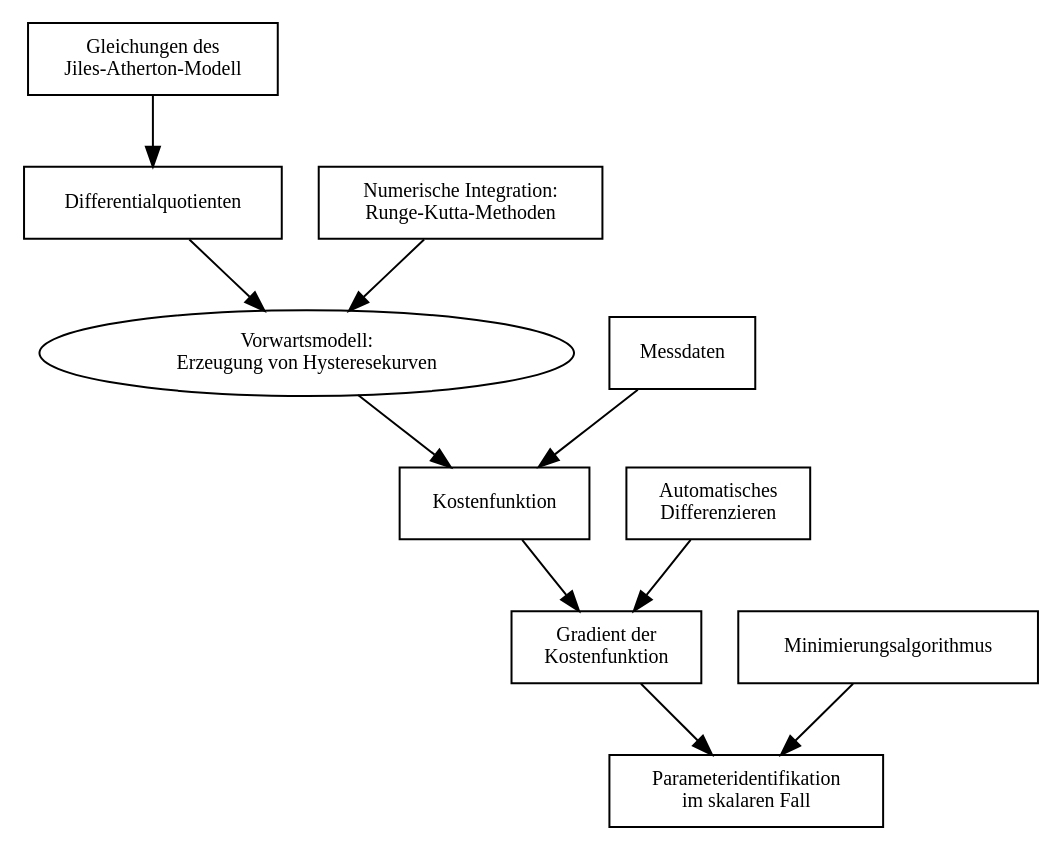
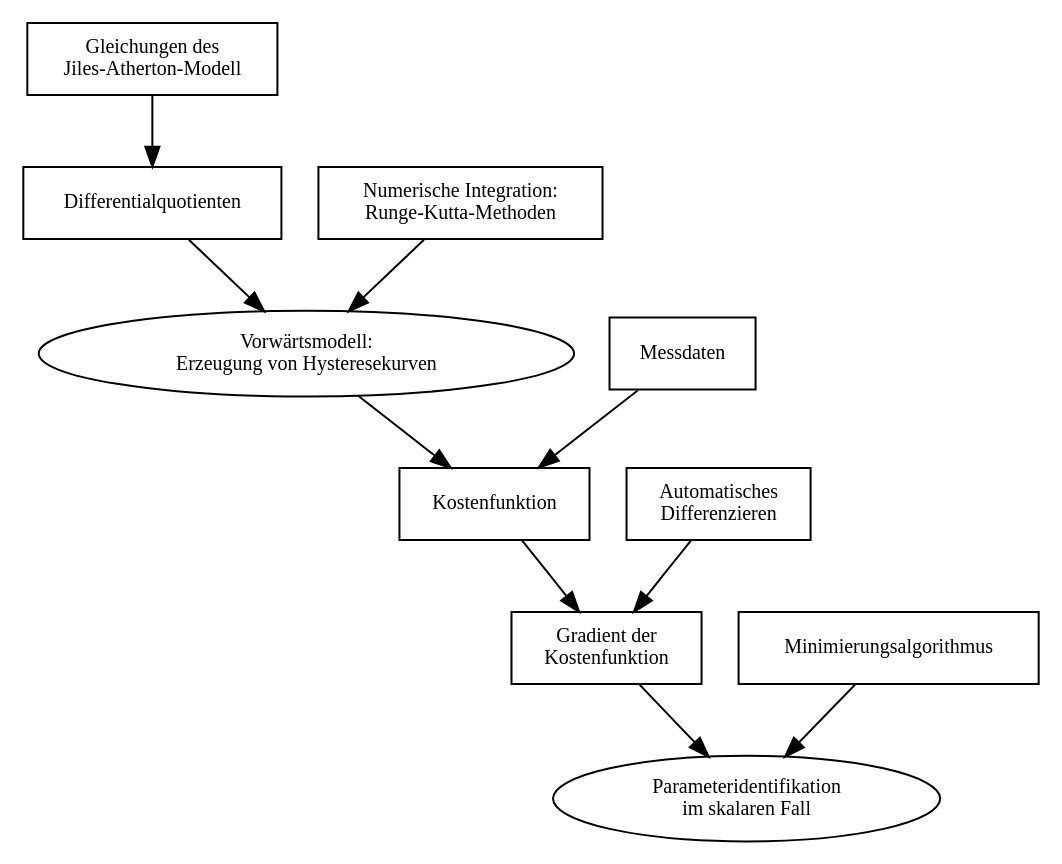
Before and after one commit to adrianschneider94/forschungspraktikum: the diagram in documentation/vorgehen.dot, drawn with Graphviz. The commit also changed 32 other files, not shown here.

```diff
--- a/documentation/vorgehen.dot
+++ b/documentation/vorgehen.dot
@@ -1,23 +1,23 @@
 digraph vorgehen {
 	node[shape=box, fontsize=10];
 	equations [shape=box, label="Gleichungen des\nJiles-Atherton-Modell"];
 	d_quotients [shape=box, label="Differentialquotienten"];
 	integration [shape=box, label="Numerische Integration:\nRunge-Kutta-Methoden"];
-	forward [shape=ellipse, label="Vorwartsmodell:\n Erzeugung von Hysteresekurven"];
+	forward [shape=ellipse, label="Vorwärtsmodell:\n Erzeugung von Hysteresekurven"];
 	data [shape=box, label="Messdaten"];
 	cost [shape=box, label="Kostenfunktion"];
 	ad [shape=box, label="Automatisches\nDifferenzieren"];
 	grad [shape=box, label="Gradient der\nKostenfunktion"];
 	opt [shape=box, label="Minimierungsalgorithmus"];
-	scalar [label="Parameteridentifikation\nim skalaren Fall"];
+	scalar [shape=ellipse, label="Parameteridentifikation\nim skalaren Fall"];
 
 	equations -> d_quotients;
 	d_quotients -> forward;
 	integration -> forward;
 	forward -> cost;
 	data -> cost;
 	cost -> grad;
 	ad -> grad;
 	grad -> scalar;
 	opt -> scalar;
 }
```
